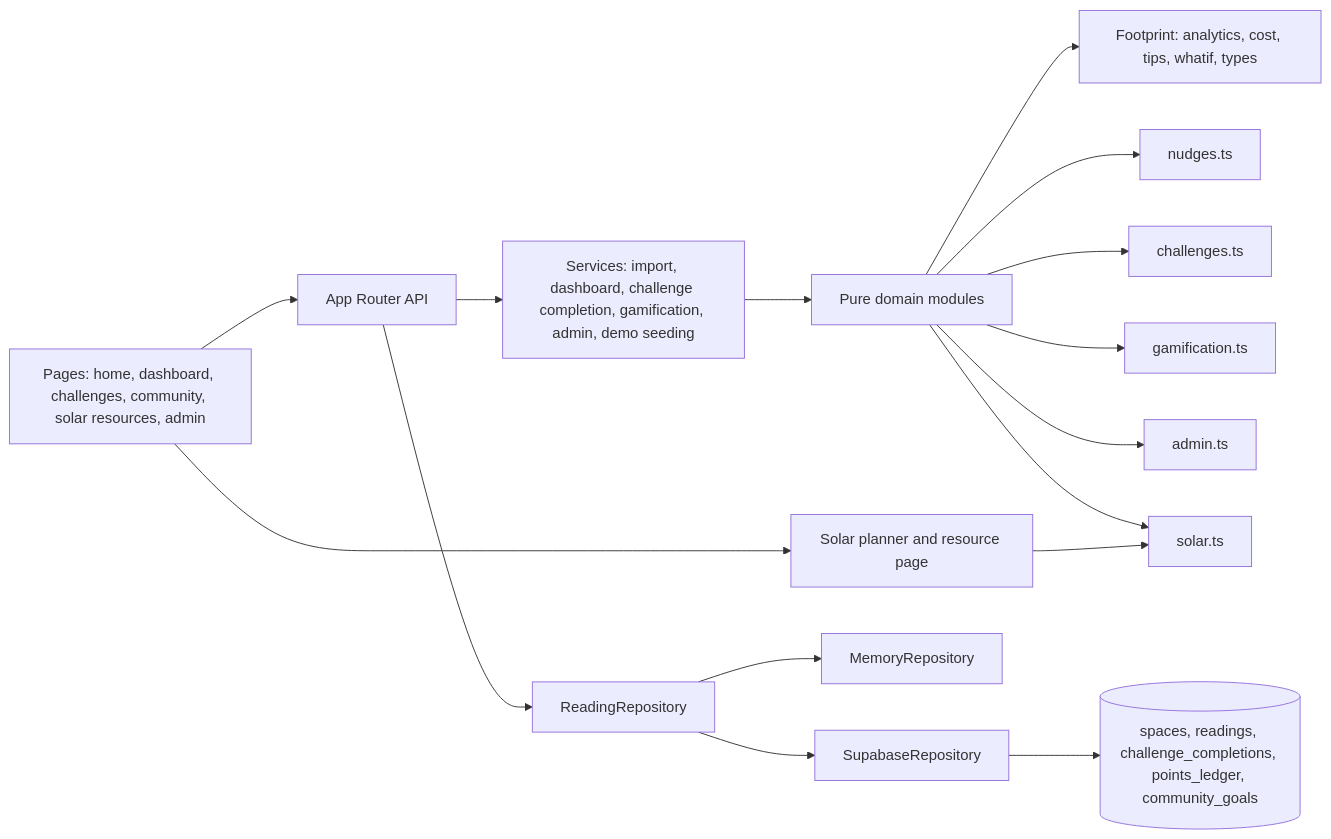
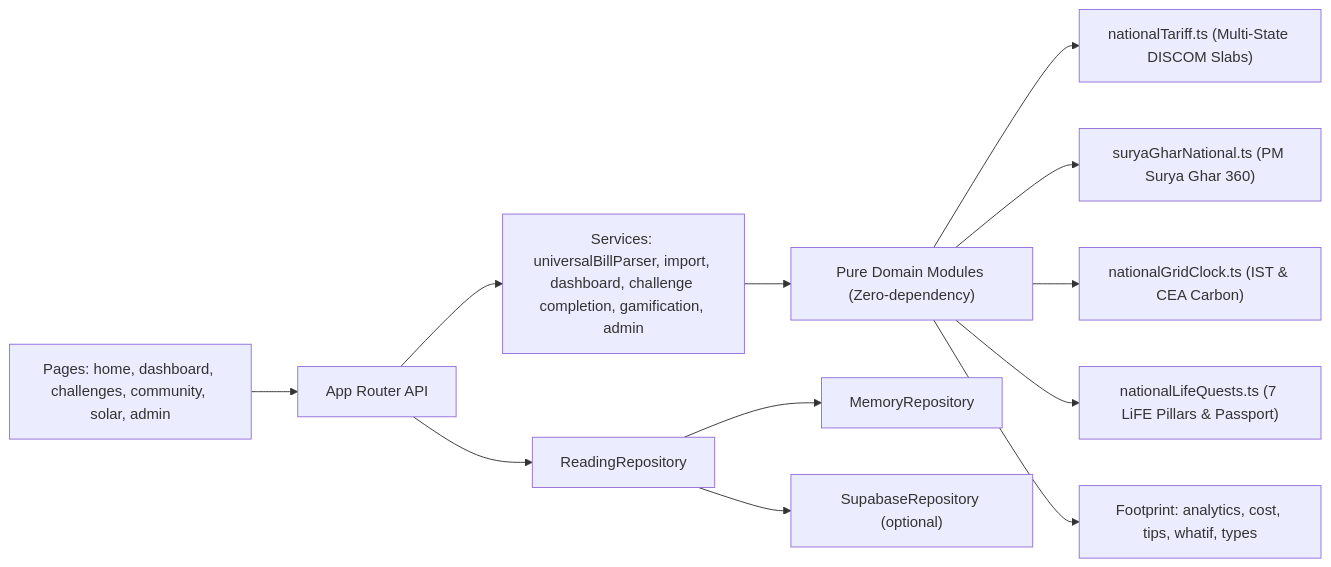
One commit to harsh773988/Wattwise changed the diagram in docs/REPORT.md. Above: the diagram before and after it, drawn with Mermaid. The commit also changed other lines of this file and 82 other files, not shown here.

````diff
--- a/docs/REPORT.md
+++ b/docs/REPORT.md
@@ -13,18 +16,14 @@
 ```mermaid
 flowchart LR
-  UI["Pages: home, dashboard, challenges, community, solar resources, admin"] --> API["App Router API"]
-  API --> SVC["Services: import, dashboard, challenge completion, gamification, admin, demo seeding"]
-  SVC --> DOM["Pure domain modules"]
+  UI["Pages: home, dashboard, challenges, community, solar, admin"] --> API["App Router API"]
+  API --> SVC["Services: universalBillParser, import, dashboard, challenge completion, gamification, admin"]
+  SVC --> DOM["Pure Domain Modules (Zero-dependency)"]
+  DOM --> TARIFF["nationalTariff.ts (Multi-State DISCOM Slabs)"]
+  DOM --> SURYA["suryaGharNational.ts (PM Surya Ghar 360)"]
+  DOM --> GRID["nationalGridClock.ts (IST & CEA Carbon)"]
+  DOM --> QUESTS["nationalLifeQuests.ts (7 LiFE Pillars & Passport)"]
   DOM --> FOOTPRINT["Footprint: analytics, cost, tips, whatif, types"]
-  DOM --> NUDGES["nudges.ts"]
-  DOM --> CHALLENGES["challenges.ts"]
-  DOM --> GAMIFICATION["gamification.ts"]
-  DOM --> ADMIN["admin.ts"]
-  DOM --> SOLAR_DOMAIN["solar.ts"]
-  UI --> SOLAR["Solar planner and resource page"]
-  SOLAR --> SOLAR_DOMAIN
   API --> REPO["ReadingRepository"]
   REPO --> MEM["MemoryRepository"]
-  REPO --> SB["SupabaseRepository"]
-  SB --> DB[("spaces, readings, challenge_completions, points_ledger, community_goals")]
+  REPO --> SB["SupabaseRepository (optional)"]
 ```
````
